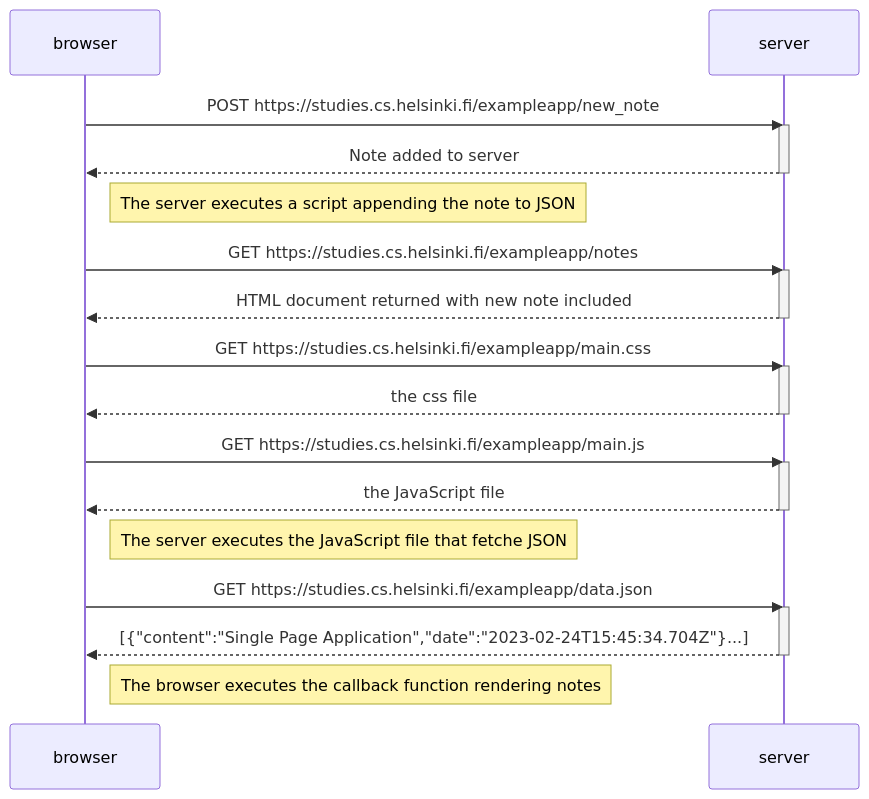
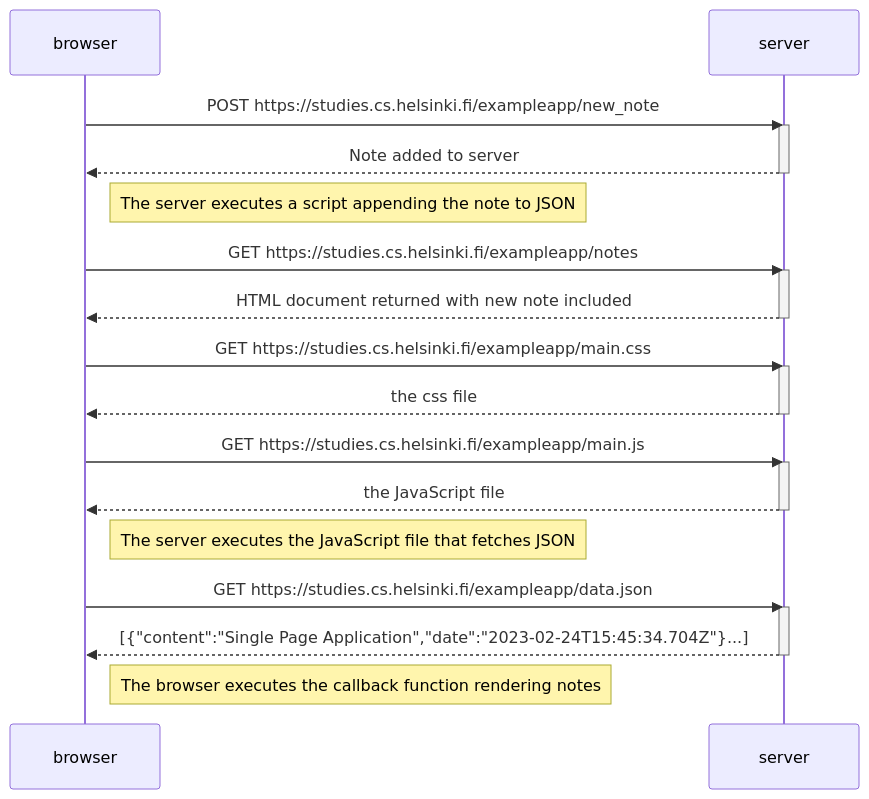
One commit to adamrichardturner/full-stack-open changed the diagram in part0/4-new-note-diagram.md. Above: the diagram before and after it, drawn with Mermaid.

Commit message:
Character modification

````diff
--- a/part0/4-new-note-diagram.md
+++ b/part0/4-new-note-diagram.md
@@ -1,36 +1,36 @@
 ```mermaid
     sequenceDiagram
         participant browser
         participant server
         
         browser->>server: POST https://studies.cs.helsinki.fi/exampleapp/new_note
         activate server
         server-->>browser: Note added to server
         deactivate server
 
         Note right of browser: The server executes a script appending the note to JSON
         
         browser->>server: GET https://studies.cs.helsinki.fi/exampleapp/notes
         activate server
         server-->>browser: HTML document returned with new note included
         deactivate server
         
         browser->>server: GET https://studies.cs.helsinki.fi/exampleapp/main.css
         activate server
         server-->>browser: the css file
         deactivate server
 
         browser->>server: GET https://studies.cs.helsinki.fi/exampleapp/main.js
         activate server
         server-->>browser: the JavaScript file
         deactivate server
 
-        Note right of browser: The server executes the JavaScript file that fetche JSON
+        Note right of browser: The server executes the JavaScript file that fetches JSON
         
         browser->>server: GET https://studies.cs.helsinki.fi/exampleapp/data.json
         activate server
         server-->>browser: [{"content":"Single Page Application","date":"2023-02-24T15:45:34.704Z"}...]
         deactivate server    
 
         Note right of browser: The browser executes the callback function rendering notes
 ```
````
